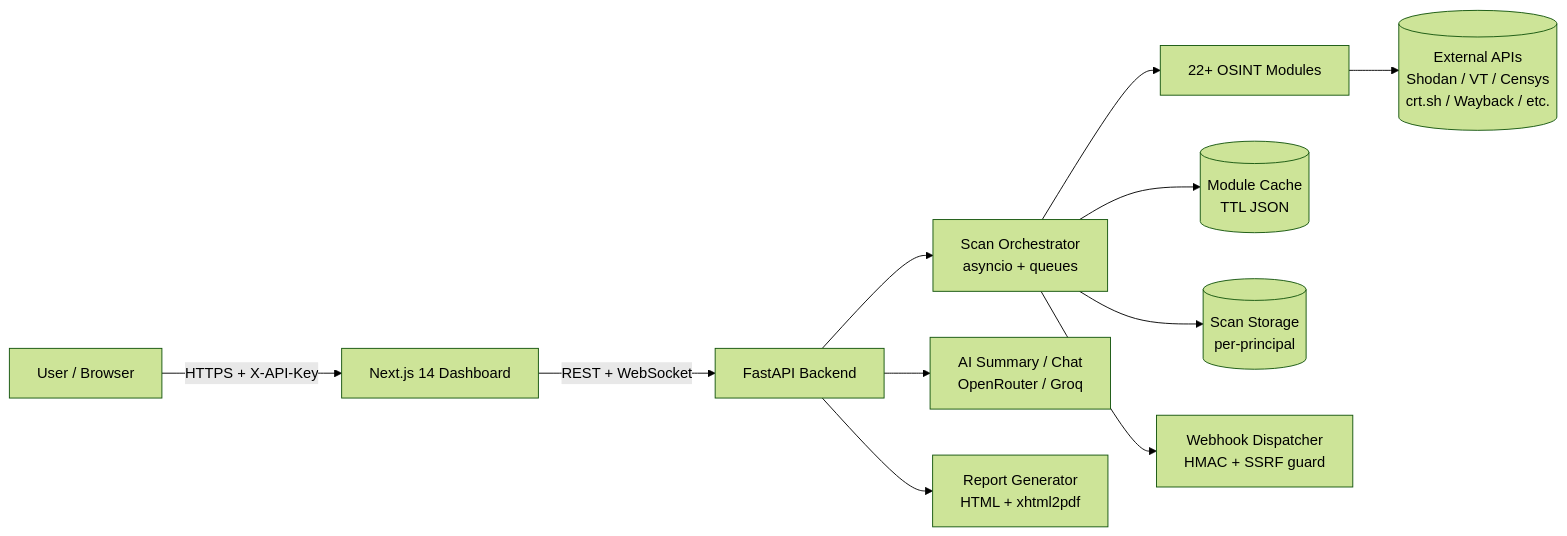
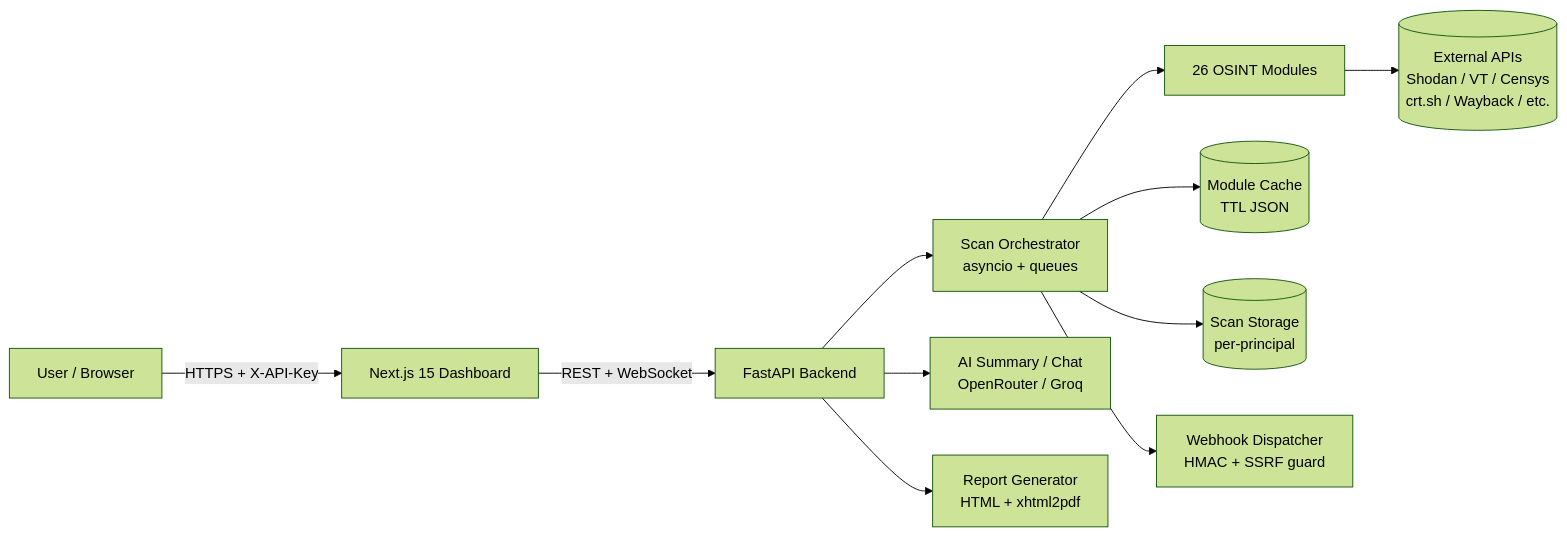
One commit to DurgaTharshini26/Prism-platform changed the diagram in README.md. Above: the diagram before and after it, drawn with Mermaid (forest theme). The commit also changed other lines of this file and 1 other file, not shown here.

````diff
--- a/README.md
+++ b/README.md
@@ -73,13 +73,13 @@
 ```mermaid
 flowchart LR
-    U[User / Browser] -->|HTTPS + X-API-Key| FE[Next.js 14 Dashboard]
+    U[User / Browser] -->|HTTPS + X-API-Key| FE[Next.js 15 Dashboard]
     FE -->|REST + WebSocket| API[FastAPI Backend]
     API --> SCH[Scan Orchestrator<br/>asyncio + queues]
-    SCH --> MOD[22+ OSINT Modules]
+    SCH --> MOD[26 OSINT Modules]
     MOD --> EXT[(External APIs<br/>Shodan / VT / Censys<br/>crt.sh / Wayback / etc.)]
     SCH --> CACHE[(Module Cache<br/>TTL JSON)]
     SCH --> STORE[(Scan Storage<br/>per-principal)]
     SCH --> WH[Webhook Dispatcher<br/>HMAC + SSRF guard]
     API --> AI[AI Summary / Chat<br/>OpenRouter / Groq]
     API --> RPT[Report Generator<br/>HTML + xhtml2pdf]
 ```
````
